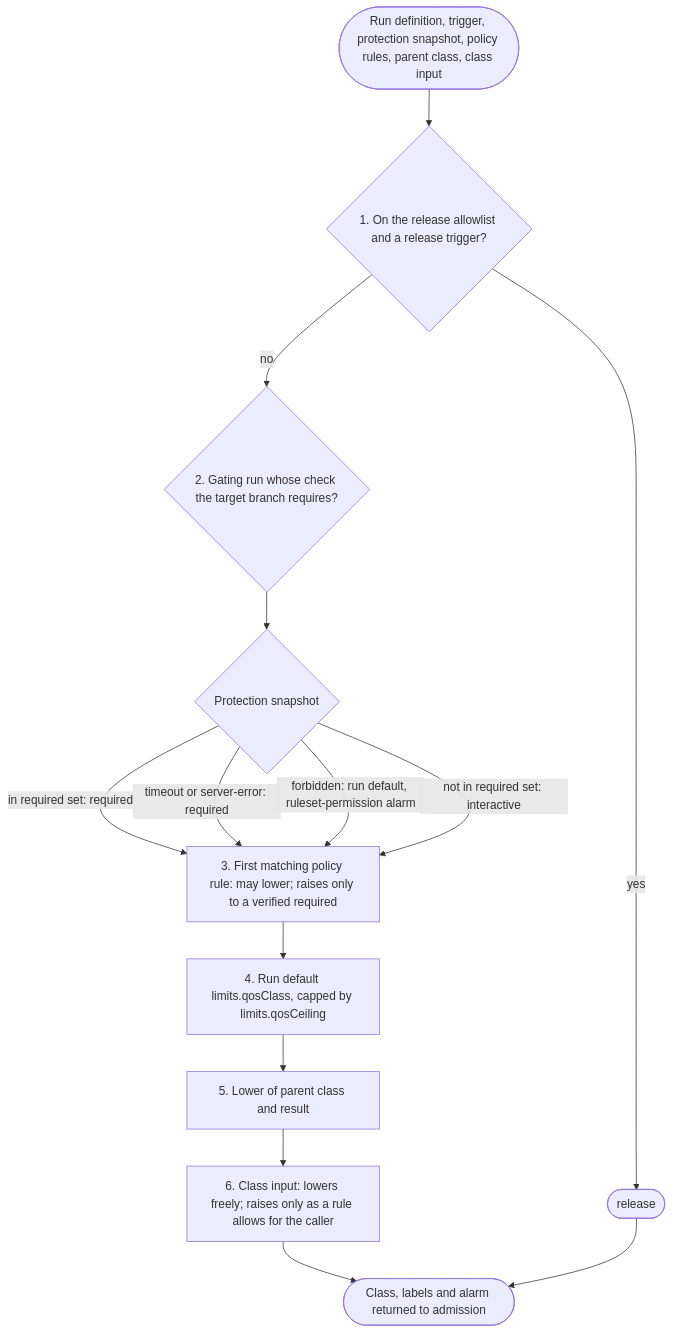
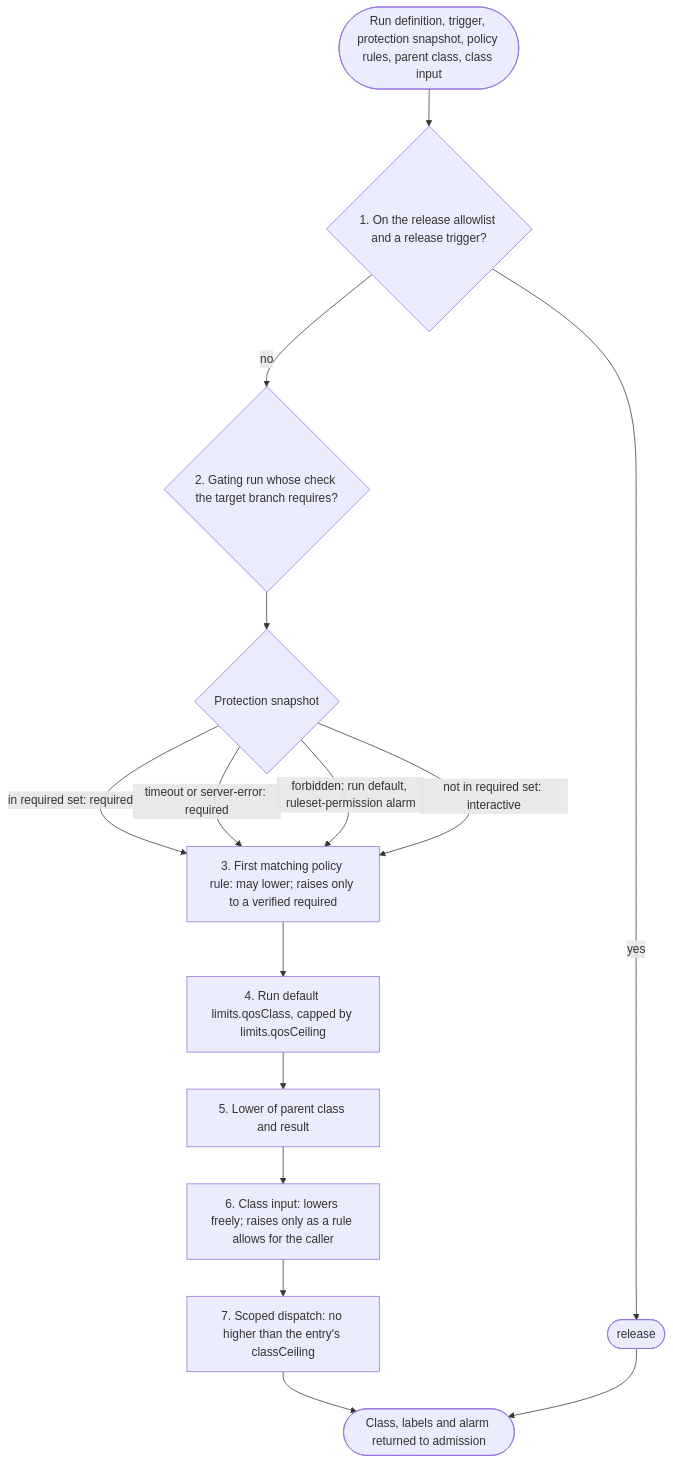
One commit to fractalboxdev/flare-dispatch changed the diagram in specs/profile.md. Above: the diagram before and after it, drawn with Mermaid. The commit also changed other lines of this file and 16 other files, not shown here.

````diff
--- a/specs/profile.md
+++ b/specs/profile.md
@@ -69,31 +70,33 @@
 ```mermaid
 flowchart TB
-  accTitle: resolveClass applies six steps in order
+  accTitle: resolveClass applies seven steps in order
   in([Run definition, trigger, protection snapshot, policy rules, parent class, class input])
   s1{1. On the release allowlist and a release trigger?}
   s2{2. Gating run whose check the target branch requires?}
   look{Protection snapshot}
   s3["3. First matching policy rule: may lower; raises only to a verified required"]
   s4[4. Run default limits.qosClass, capped by limits.qosCeiling]
   s5[5. Lower of parent class and result]
   s6["6. Class input: lowers freely; raises only as a rule allows for the caller"]
+  s7["7. Scoped dispatch: no higher than the entry's classCeiling"]
   rel([release])
   out([Class, labels and alarm returned to admission])
   in --> s1
   s1 -->|yes| rel
   s1 -->|no| s2
   s2 --> look
   look -->|in required set: required| s3
   look -->|timeout or server-error: required| s3
   look -->|forbidden: run default, ruleset-permission alarm| s3
   look -->|not in required set: interactive| s3
   s3 --> s4
   s4 --> s5
   s5 --> s6
-  s6 --> out
+  s6 --> s7
+  s7 --> out
   rel --> out
   class in muted
   class s1,s2,look warn
-  class s3,s4,s5,s6 accent
+  class s3,s4,s5,s6,s7 accent
   class rel,out ok
 ```
````
